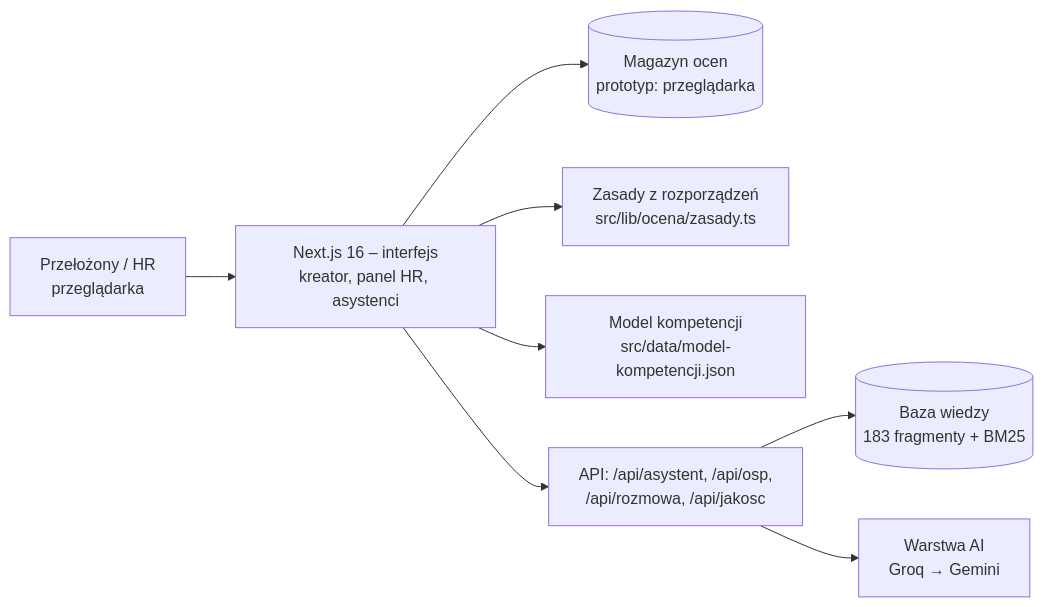
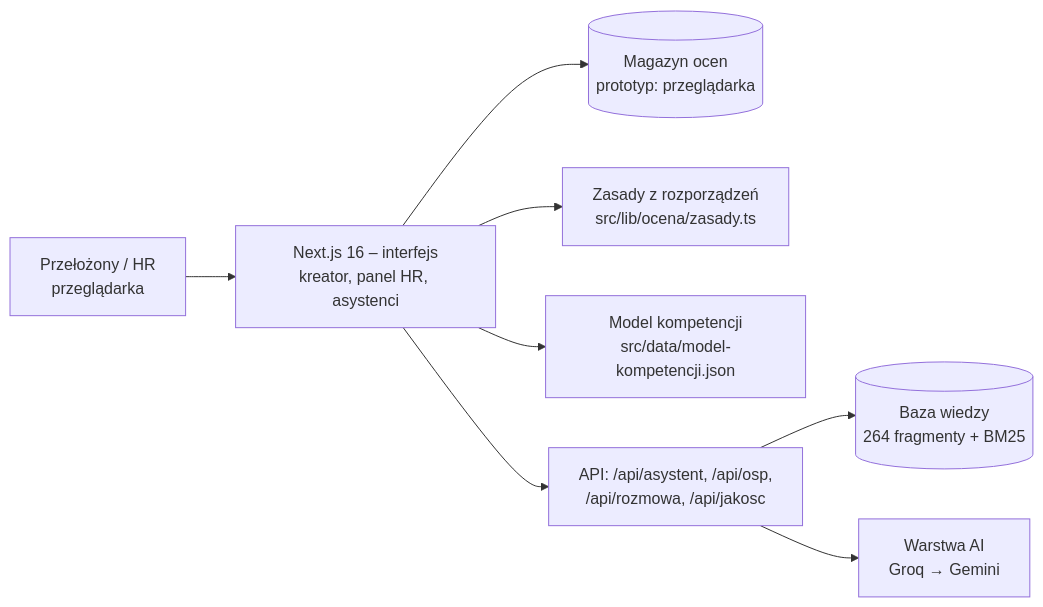
Before and after one commit to vlad007vak/azymut: the diagram in README.md, drawn with Mermaid. The commit also changed other lines of this file and 1 other file, not shown here.

Commit message:
docs: aktualna liczba fragmentów bazy wiedzy (264, z ustawą) w README i na slajdzie 7 (#36)
Zgłoszenie Andreya w #30: 200 fragmentów z PDF (w tym 17 z ustawy) + 64 z modelu kompetencji.

````diff
--- a/README.md
+++ b/README.md
@@ -86,10 +86,10 @@
 ```mermaid
 flowchart LR
   U[Przełożony / HR<br/>przeglądarka] --> UI[Next.js 16 – interfejs<br/>kreator, panel HR, asystenci]
   UI --> S[(Magazyn ocen<br/>prototyp: przeglądarka)]
   UI --> R[Zasady z rozporządzeń<br/>src/lib/ocena/zasady.ts]
   UI --> M[Model kompetencji<br/>src/data/model-kompetencji.json]
   UI --> API[API: /api/asystent, /api/osp,<br/>/api/rozmowa, /api/jakosc]
-  API --> KB[(Baza wiedzy<br/>183 fragmenty + BM25)]
+  API --> KB[(Baza wiedzy<br/>264 fragmenty + BM25)]
   API --> AI[Warstwa AI<br/>Groq → Gemini]
 ```
````
